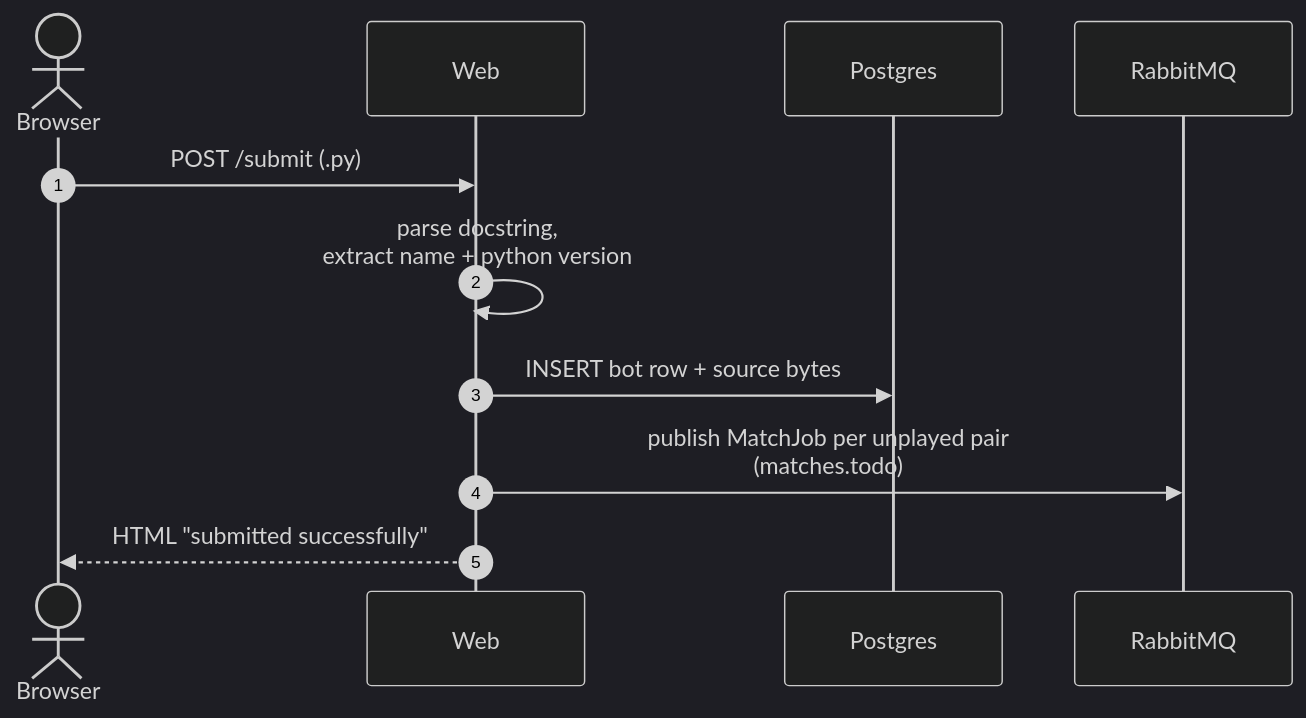
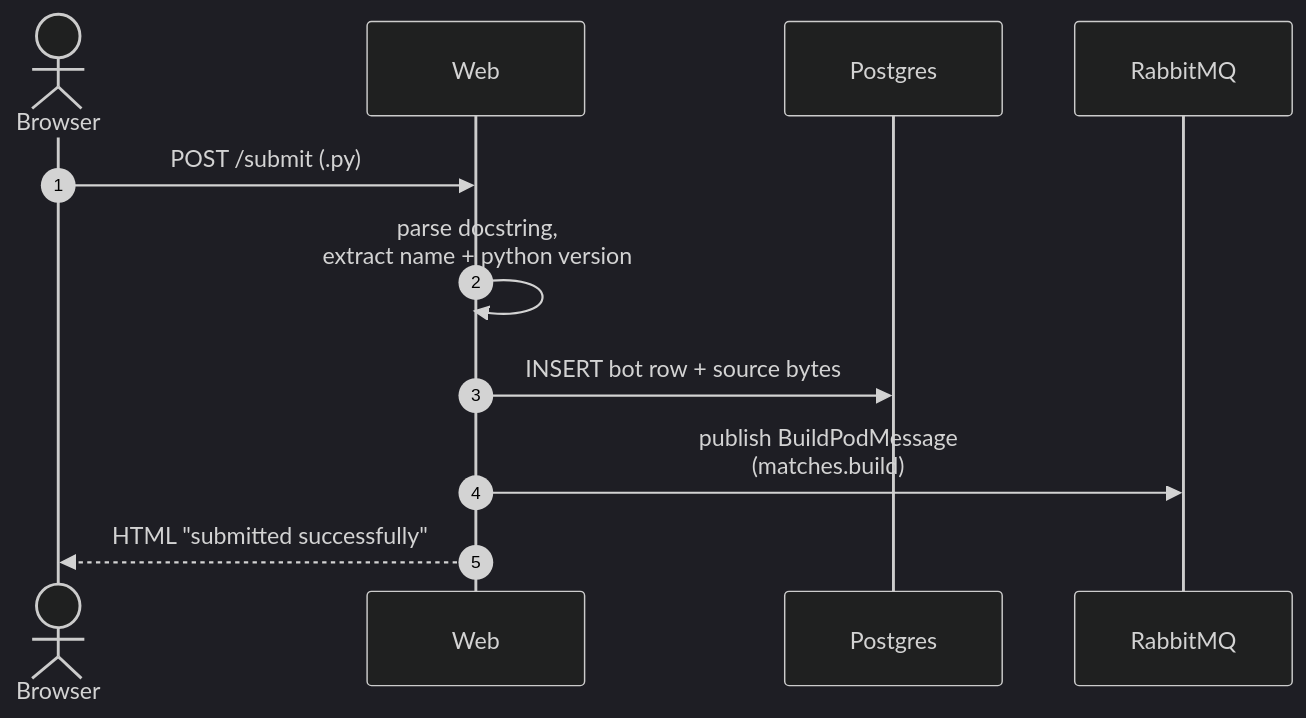
Before and after one commit to pyowa/june-2026-tictactoe-bots: the first of 5 diagrams in README.md, drawn with Mermaid (dark theme). The commit also changed other lines of this file and 54 other files, not shown here.

````diff
--- a/README.md
+++ b/README.md
@@ -122,14 +159,14 @@
 ```mermaid
 sequenceDiagram
     autonumber
     actor Browser
     participant Web
     participant DB as Postgres
     participant RMQ as RabbitMQ
 
     Browser->>Web: POST /submit (.py)
     Web->>Web: parse docstring,<br/>extract name + python version
     Web->>DB: INSERT bot row + source bytes
-    Web->>RMQ: publish MatchJob per unplayed pair<br/>(matches.todo)
+    Web->>RMQ: publish BuildPodMessage<br/>(matches.build)
     Web-->>Browser: HTML "submitted successfully"
 ```
````
